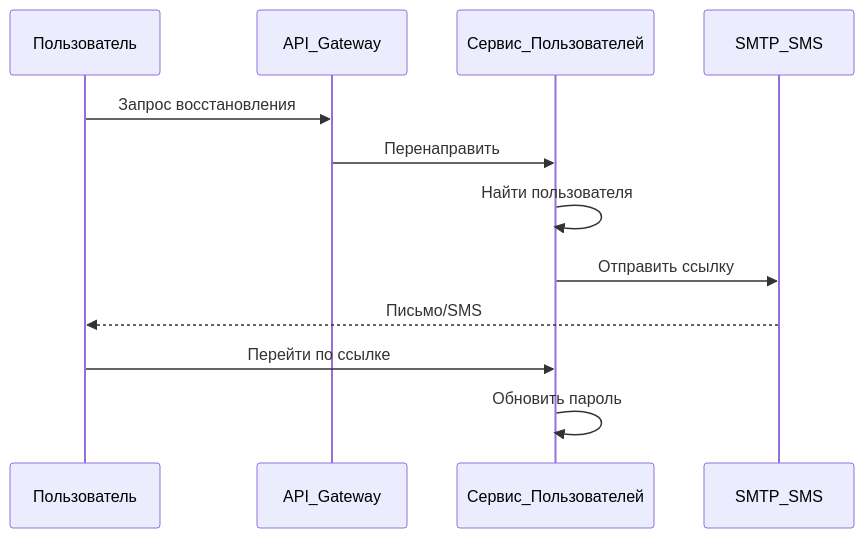
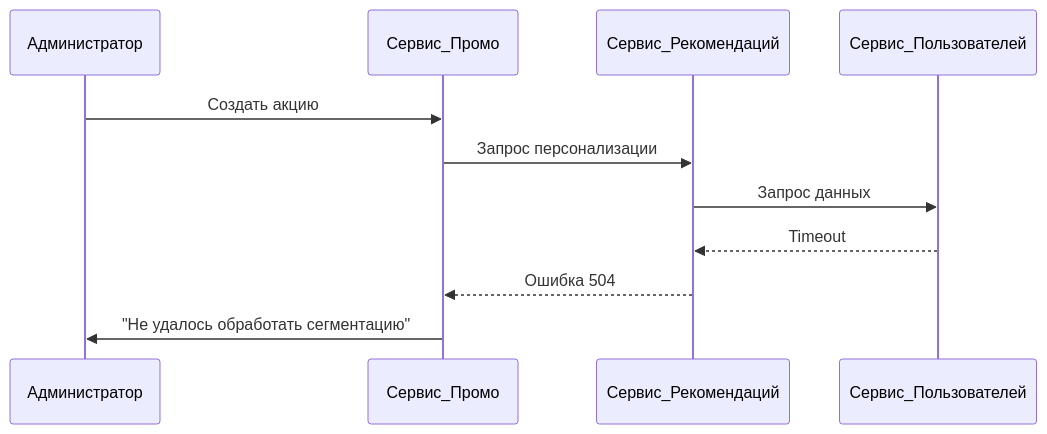
Before and after one commit to andreyantropov/architect-coursework: the seventh of 8 diagrams in architecture/critical-business-processes.md, drawn with Mermaid. The commit also changed other lines of this file, not shown here.

Commit message:
fix: Поправлены некоторые схемы в критических бизнес-процессах.

````diff
--- a/architecture/critical-business-processes.md
+++ b/architecture/critical-business-processes.md
@@ -110,15 +93,14 @@
 ```mermaid
 sequenceDiagram
-    participant Пользователь
-    participant API_Gateway
+    participant Администратор
+    participant Сервис_Промо
+    participant Сервис_Рекомендаций
     participant Сервис_Пользователей
-    participant SMTP_SMS
     
-    Пользователь->>API_Gateway: Запрос восстановления
-    API_Gateway->>Сервис_Пользователей: Перенаправить
-    Сервис_Пользователей->>Сервис_Пользователей: Найти пользователя
-    Сервис_Пользователей->>SMTP_SMS: Отправить ссылку
-    SMTP_SMS-->>Пользователь: Письмо/SMS
-    Пользователь->>Сервис_Пользователей: Перейти по ссылке
-    Сервис_Пользователей->>Сервис_Пользователей: Обновить пароль
+    Администратор->>Сервис_Промо: Создать акцию
+    Сервис_Промо->>Сервис_Рекомендаций: Запрос персонализации
+    Сервис_Рекомендаций->>Сервис_Пользователей: Запрос данных
+    Сервис_Пользователей-->>Сервис_Рекомендаций: Timeout
+    Сервис_Рекомендаций-->>Сервис_Промо: Ошибка 504
+    Сервис_Промо->>Администратор: "Не удалось обработать сегментацию"
 ```
````
